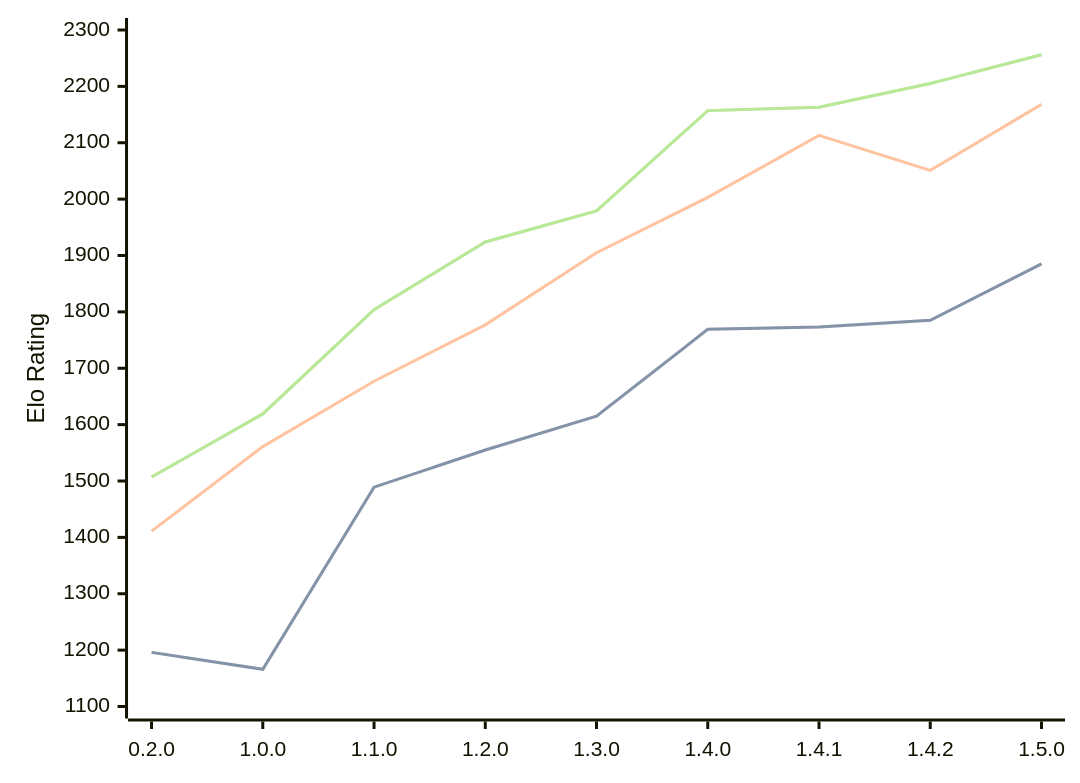
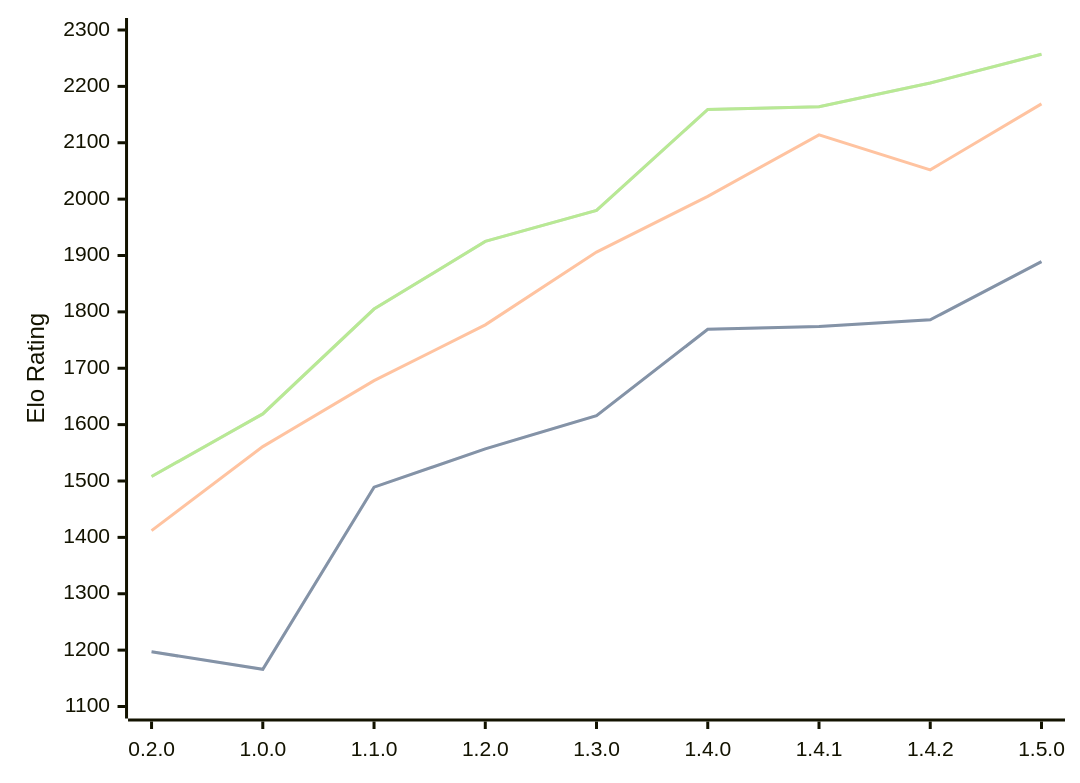
The diagram in engines/Zeppelin.md (computer-chess-index/cci), drawn with Mermaid before and after one commit. The commit also changed other lines of this file, not shown here.

Commit message:
Update CCI Ratings (ELO VLTC) - 2026-08-09

````diff
--- a/engines/Zeppelin.md
+++ b/engines/Zeppelin.md
@@ -39,11 +39,11 @@
 ```mermaid
 %%{init: {"theme":"base","themeVariables":{"seriesColors:['#a3a3a3','#222221','#faa371']}}}%%
 xychart-beta
   x-axis ["0.2.0", "1.0.0", "1.1.0", "1.2.0", "1.3.0", "1.4.0", "1.4.1", "1.4.2", "1.5.0"]
   y-axis "Elo Rating" 1100 --> 2300
-  line "STC (8.0+0.08s)" [1196, 1166, 1489, 1555, 1615, 1769, 1773, 1785, 1885]
-  line "STC (8.0+0.08s)" [1196, 1166, 1489, 1555, 1615, 1769, 1773, 1785, 1885]
-  line "LTC (60.0+0.60s)" [1411, 1561, 1677, 1777, 1905, 2003, 2113, 2051, 2168]
-  line "VLTC (2m24s+1.12s)" [1507, 1619, 1804, 1924, 1979, 2157, 2163, 2205, 2256]
-  line "VLTC (2m24s+1.12s)" [1507, 1619, 1804, 1924, 1979, 2157, 2163, 2205, 2256]
+  line "STC (8.0+0.08s)" [1197, 1166, 1489, 1557, 1616, 1769, 1774, 1786, 1889]
+  line "STC (8.0+0.08s)" [1197, 1166, 1489, 1557, 1616, 1769, 1774, 1786, 1889]
+  line "LTC (60.0+0.60s)" [1412, 1561, 1678, 1777, 1906, 2005, 2114, 2052, 2169]
+  line "VLTC (2m24s+1.12s)" [1508, 1619, 1805, 1925, 1980, 2159, 2164, 2206, 2257]
+  line "VLTC (2m24s+1.12s)" [1508, 1619, 1805, 1925, 1980, 2159, 2164, 2206, 2257]
 ```
````
